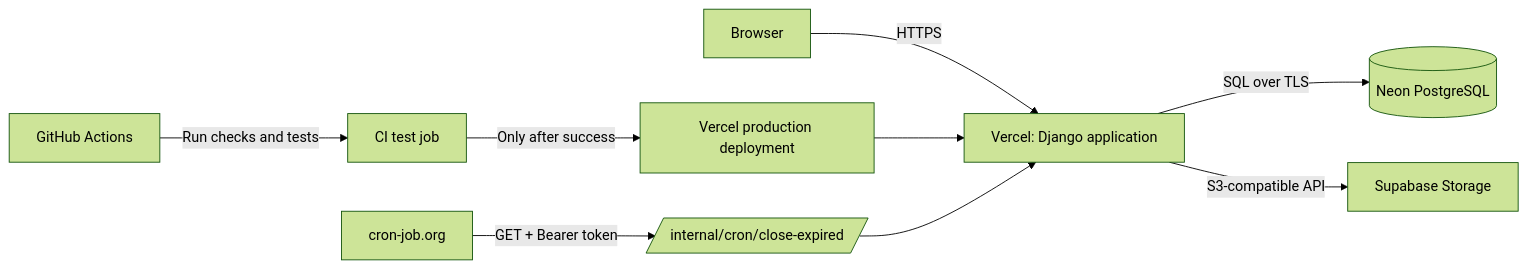
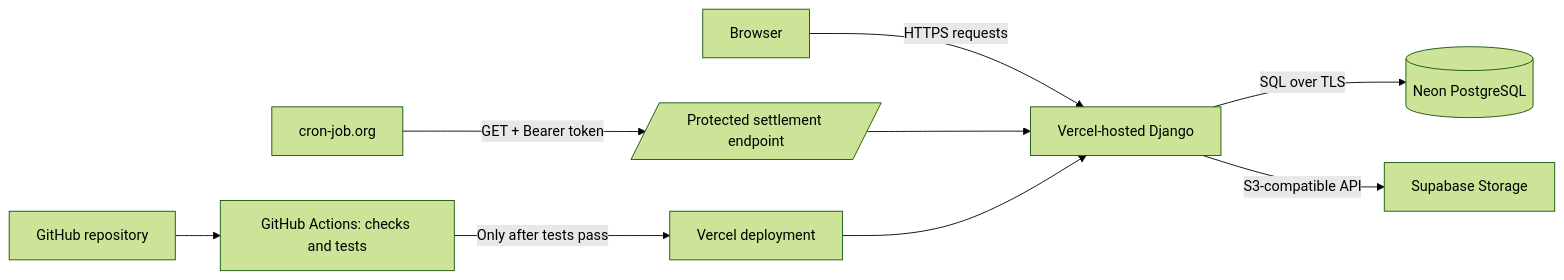
Before and after one commit to Siddharthsharmasj/BidSphere: the first of 2 diagrams in README.md, drawn with Mermaid (forest theme). The commit also changed other lines of this file, not shown here.

````diff
--- a/README.md
+++ b/README.md
@@ -33,11 +40,11 @@
 ```mermaid
 flowchart LR
-    Browser[Browser] -->|HTTPS| Vercel[Vercel: Django application]
-    Vercel -->|SQL over TLS| Neon[(Neon PostgreSQL)]
-    Vercel -->|S3-compatible API| Storage[Supabase Storage]
-    GitHub[GitHub Actions] -->|Run checks and tests| Tests[CI test job]
-    Tests -->|Only after success| Deploy[Vercel production deployment]
-    Deploy --> Vercel
-    Scheduler[cron-job.org] -->|GET + Bearer token| Endpoint[/internal/cron/close-expired/]
-    Endpoint --> Vercel
+    Browser[Browser] -->|HTTPS requests| App[Vercel-hosted Django]
+    App -->|SQL over TLS| DB[(Neon PostgreSQL)]
+    App -->|S3-compatible API| Media[Supabase Storage]
+    Scheduler[cron-job.org] -->|GET + Bearer token| CronEndpoint[/Protected settlement endpoint/]
+    CronEndpoint --> App
+    Repo[GitHub repository] --> CI[GitHub Actions: checks and tests]
+    CI -->|Only after tests pass| Deploy[Vercel deployment]
+    Deploy --> App
 ```
````
